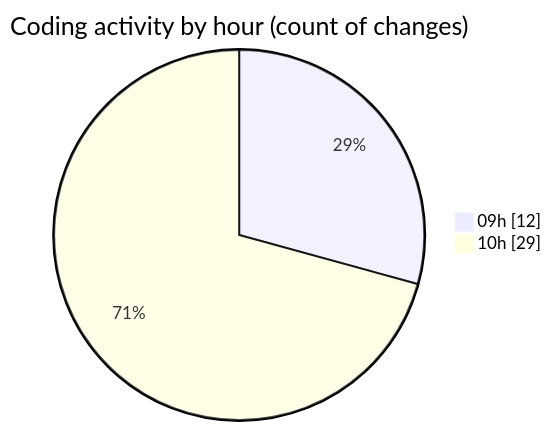
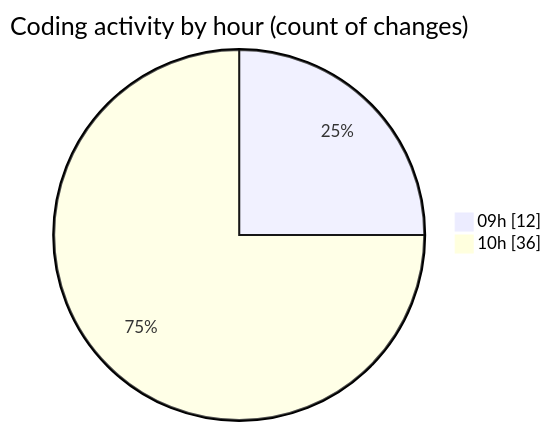
The second of 2 diagrams in 2025-10-03/cda/README.md (momahboobian/code-tracking), drawn with Mermaid before and after one commit. The commit also changed other lines of this file and 1 other file, not shown here.

````diff
--- a/2025-10-03/cda/README.md
+++ b/2025-10-03/cda/README.md
@@ -31,6 +31,6 @@
 ```mermaid
 pie showData
 title Coding activity by hour (count of changes)
 "09h" : 12
-"10h" : 29
+"10h" : 36
 ```
````
